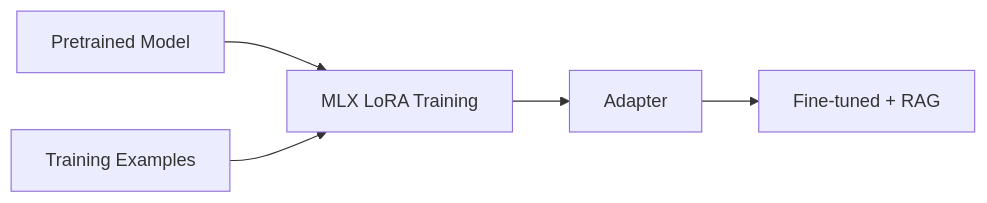
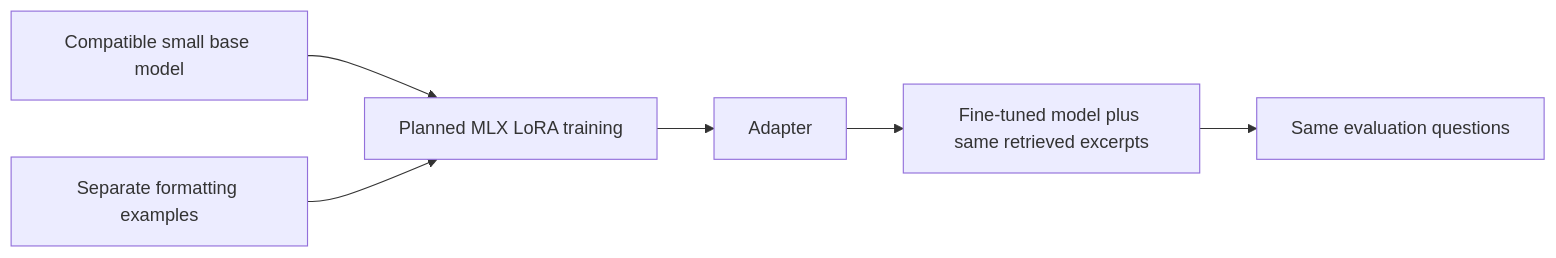
Before and after one commit to kaiserg/odyssey-7: the second of 2 diagrams in docs/TUTORIAL.md, drawn with Mermaid. The commit also changed other lines of this file and 17 other files, not shown here.

````diff
--- a/docs/TUTORIAL.md
+++ b/docs/TUTORIAL.md
@@ -16,6 +122,8 @@
 ```mermaid
 flowchart LR
- A[Pretrained Model] --> T[MLX LoRA Training]
- D[Training Examples] --> T --> L[Adapter]
- L --> F[Fine-tuned + RAG]
+    B[Compatible small base model] --> T[Planned MLX LoRA training]
+    D[Separate formatting examples] --> T
+    T --> A[Adapter]
+    A --> R[Fine-tuned model plus same retrieved excerpts]
+    R --> E[Same evaluation questions]
 ```
````
